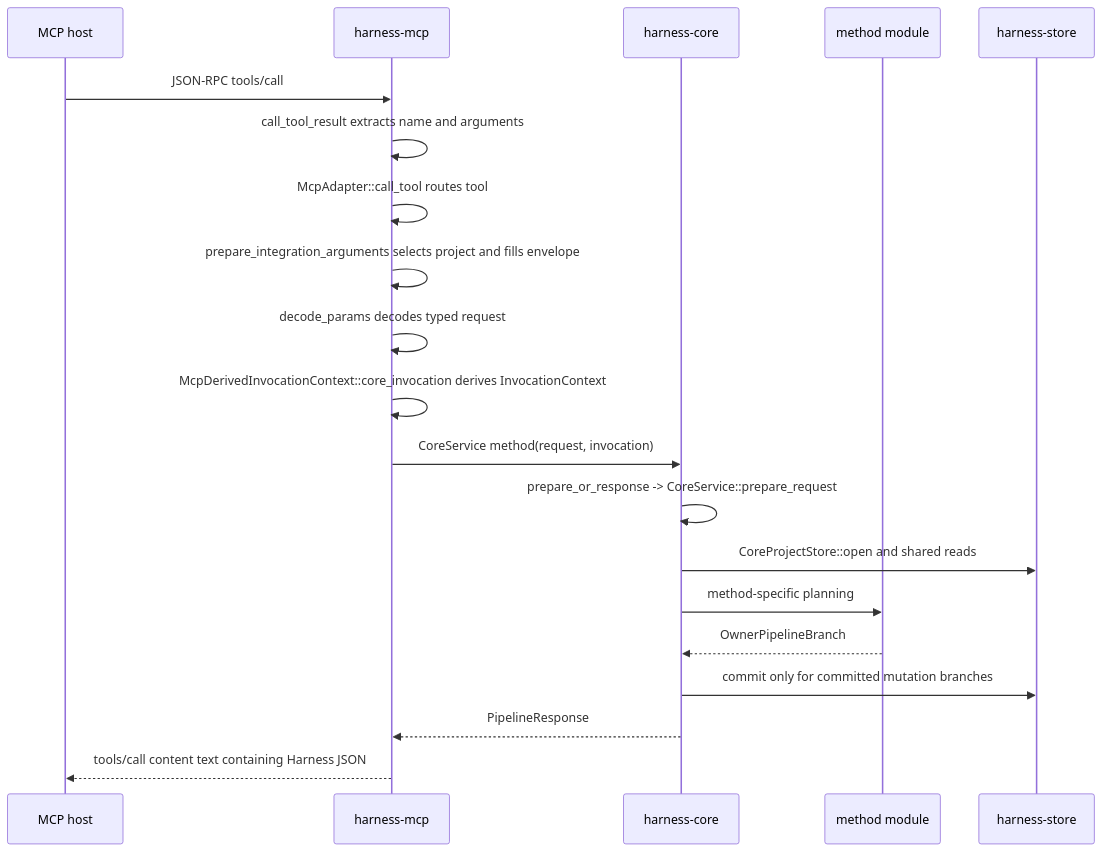
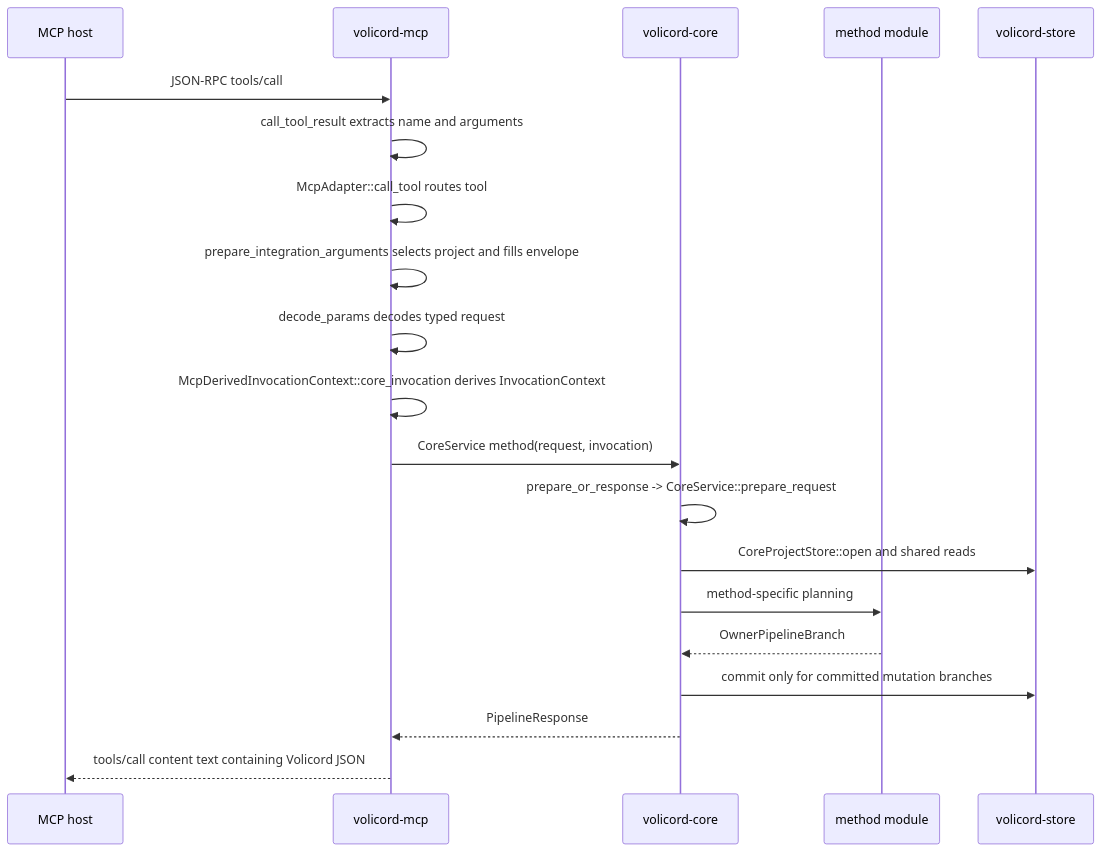
One commit to minjungw00/Harness_Project changed the diagram in docs/en/development/request-lifecycle.md. Above: the diagram before and after it, drawn with Mermaid. The commit also changed other lines of this file and 59 other files, not shown here.

````diff
--- a/docs/en/development/request-lifecycle.md
+++ b/docs/en/development/request-lifecycle.md
@@ -18,23 +18,23 @@
 ```mermaid
 sequenceDiagram
   participant Host as MCP host
-  participant MCP as harness-mcp
-  participant Core as harness-core
+  participant MCP as volicord-mcp
+  participant Core as volicord-core
   participant Method as method module
-  participant Store as harness-store
+  participant Store as volicord-store
 
   Host->>MCP: JSON-RPC tools/call
   MCP->>MCP: call_tool_result extracts name and arguments
   MCP->>MCP: McpAdapter::call_tool routes tool
   MCP->>MCP: prepare_integration_arguments selects project and fills envelope
   MCP->>MCP: decode_params decodes typed request
   MCP->>MCP: McpDerivedInvocationContext::core_invocation derives InvocationContext
   MCP->>Core: CoreService method(request, invocation)
   Core->>Core: prepare_or_response -> CoreService::prepare_request
   Core->>Store: CoreProjectStore::open and shared reads
   Core->>Method: method-specific planning
   Method-->>Core: OwnerPipelineBranch
   Core->>Store: commit only for committed mutation branches
   Core-->>MCP: PipelineResponse
-  MCP-->>Host: tools/call content text containing Harness JSON
+  MCP-->>Host: tools/call content text containing Volicord JSON
 ```
````
